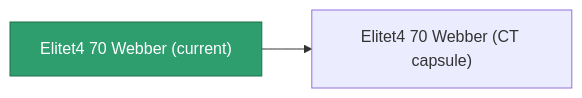
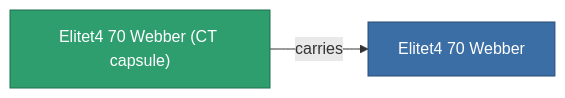
Before and after one commit to OpenPerpetuum/Wiki: the diagram in content/content/items/elitet4_70_webber.md, drawn with Mermaid. The commit also changed other lines of this file and 2015 other files, not shown here.

````diff
--- a/content/content/items/elitet4_70_webber.md
+++ b/content/content/items/elitet4_70_webber.md
@@ -38,8 +38,9 @@
 ```mermaid
 graph LR
-    a["Elitet4 70 Webber (current)"]:::current
-    b["Elitet4 70 Webber (CT capsule)"]
-    a --> b
-    click b "/content/items/elitet4-70-webber-ct-capsule/" "Elitet4 70 Webber (CT capsule)"
+    a["Elitet4 70 Webber (CT capsule)"]:::current
+    b["Elitet4 70 Webber"]:::finished
+    a -->|carries| b
+                click b "/content/items/elitet4-70-webber/" "Elitet4 70 Webber"
     classDef current fill:#2f9e6f,stroke:#1f6f4a,color:#ffffff
+    classDef finished fill:#3b6ea5,stroke:#274a75,color:#ffffff
 ```
````
